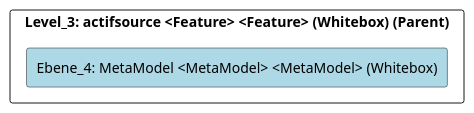
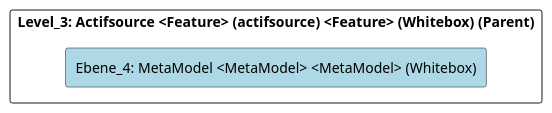
Before and after one commit to marcozwyssig/cleon: the diagram in doc/cleonproject_deliverables_architecture_model_architecture/adoc/de/05_bausteinsicht/cleon/applications/actifsource/metamodel/ebene_4_metamodel.adoc, drawn with PlantUML. The commit also changed other lines of this file and 166 other files, not shown here.

```diff
--- a/doc/cleonproject_deliverables_architecture_model_architecture/adoc/de/05_bausteinsicht/cleon/applications/actifsource/metamodel/ebene_4_metamodel.adoc
+++ b/doc/cleonproject_deliverables_architecture_model_architecture/adoc/de/05_bausteinsicht/cleon/applications/actifsource/metamodel/ebene_4_metamodel.adoc
@@ -20,24 +20,24 @@
 [plantuml, Ebene_4: MetaModel <MetaModel> <MetaModel> (Whitebox)BlockOverview, format="svg"]
 ----
 @startuml Ebene_4: MetaModel <MetaModel> <MetaModel> (Whitebox)BuildingBlockOverview
 
 skinparam ranksep 10
 skinparam componentStyle rectangle
 skinparam shadowing false
 skinparam arrowColor lightblue
 skinparam arrowThickness 1.2
 skinparam rectangle {
   BackgroundColor White
   BorderColor #333
   RoundCorner 10
 }
 top to bottom direction
 
-component "Level_3: actifsource <Feature> <Feature> (Whitebox) (Parent)" {
+component "Level_3: Actifsource <Feature> (actifsource) <Feature> (Whitebox) (Parent)" {
     component "Ebene_4: MetaModel <MetaModel> <MetaModel> (Whitebox)" #lightblue {
     }
 
 }
 
 @enduml
 ----
```
